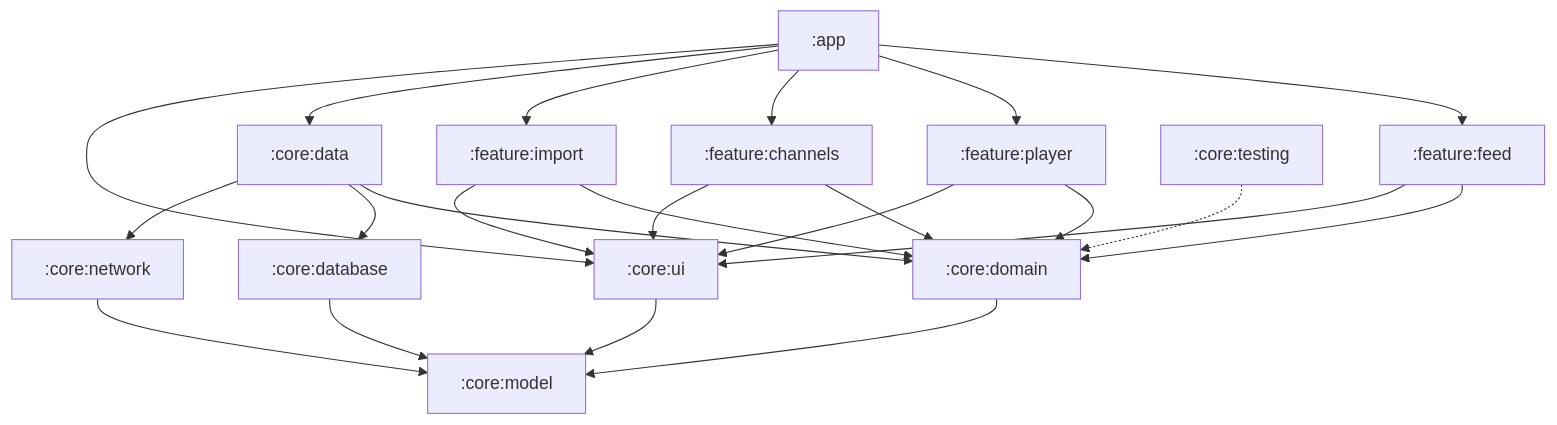
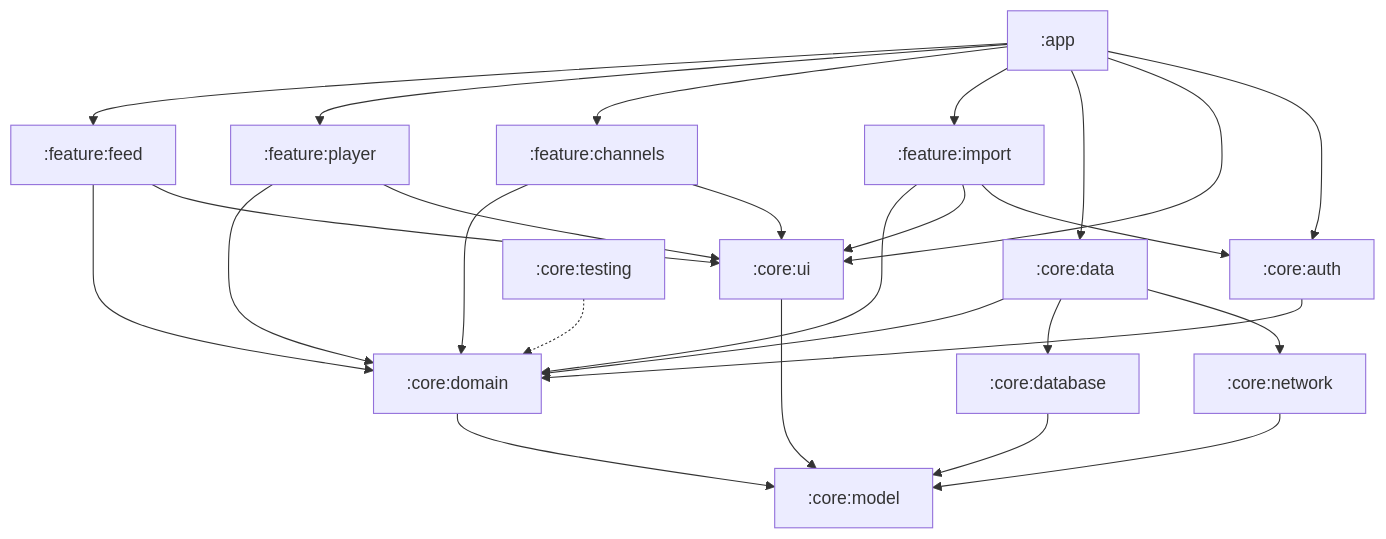
Before and after one commit to t1matoma/useful-youtube: the diagram in docs/ARCHITECTURE.md, drawn with Mermaid. The commit also changed other lines of this file and 42 other files, not shown here.

````diff
--- a/docs/ARCHITECTURE.md
+++ b/docs/ARCHITECTURE.md
@@ -8,28 +8,31 @@
 ```mermaid
 graph TD
     app[":app"] --> feed[":feature:feed"]
     app --> player[":feature:player"]
     app --> channels[":feature:channels"]
     app --> import[":feature:import"]
     app --> data[":core:data"]
     app --> ui[":core:ui"]
 
     feed --> domain[":core:domain"]
     player --> domain
     channels --> domain
     import --> domain
     feed --> ui
     player --> ui
     channels --> ui
     import --> ui
+    import --> auth[":core:auth"]
+    app --> auth
+    auth --> domain
 
     data --> domain
     data --> database[":core:database"]
     data --> network[":core:network"]
     domain --> model[":core:model"]
     database --> model
     network --> model
     ui --> model
 
     testing[":core:testing"] -.-> domain
 ```
````
